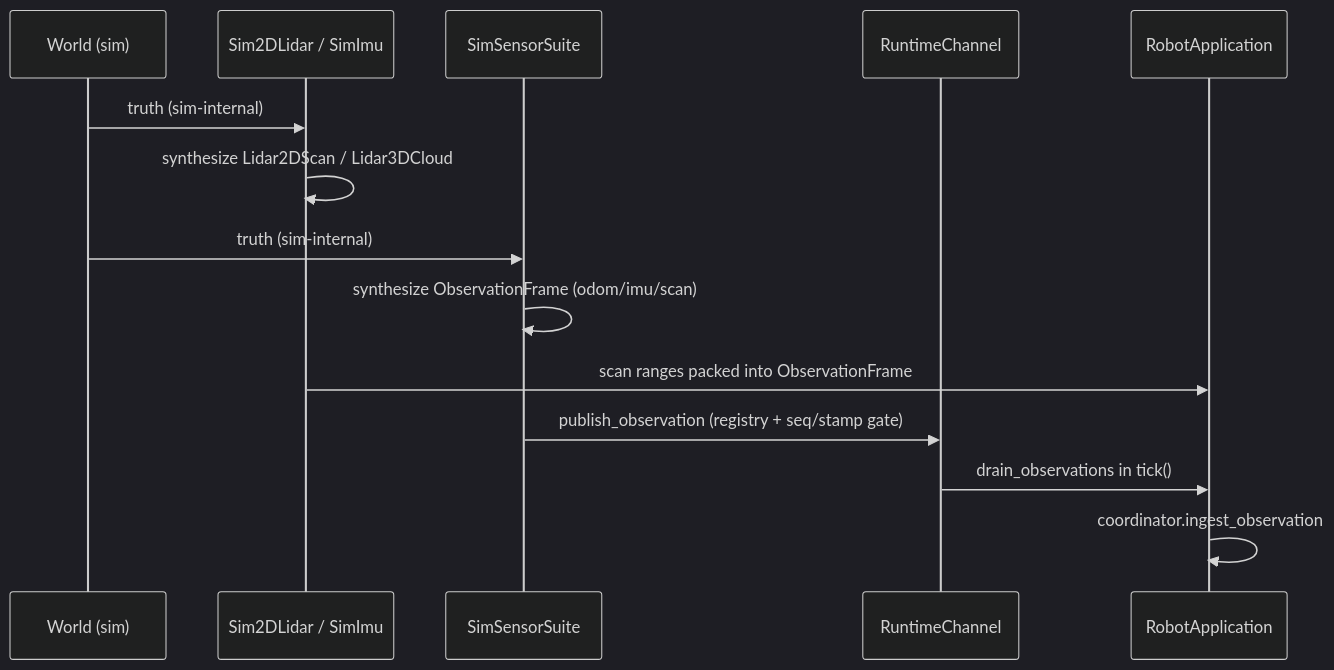
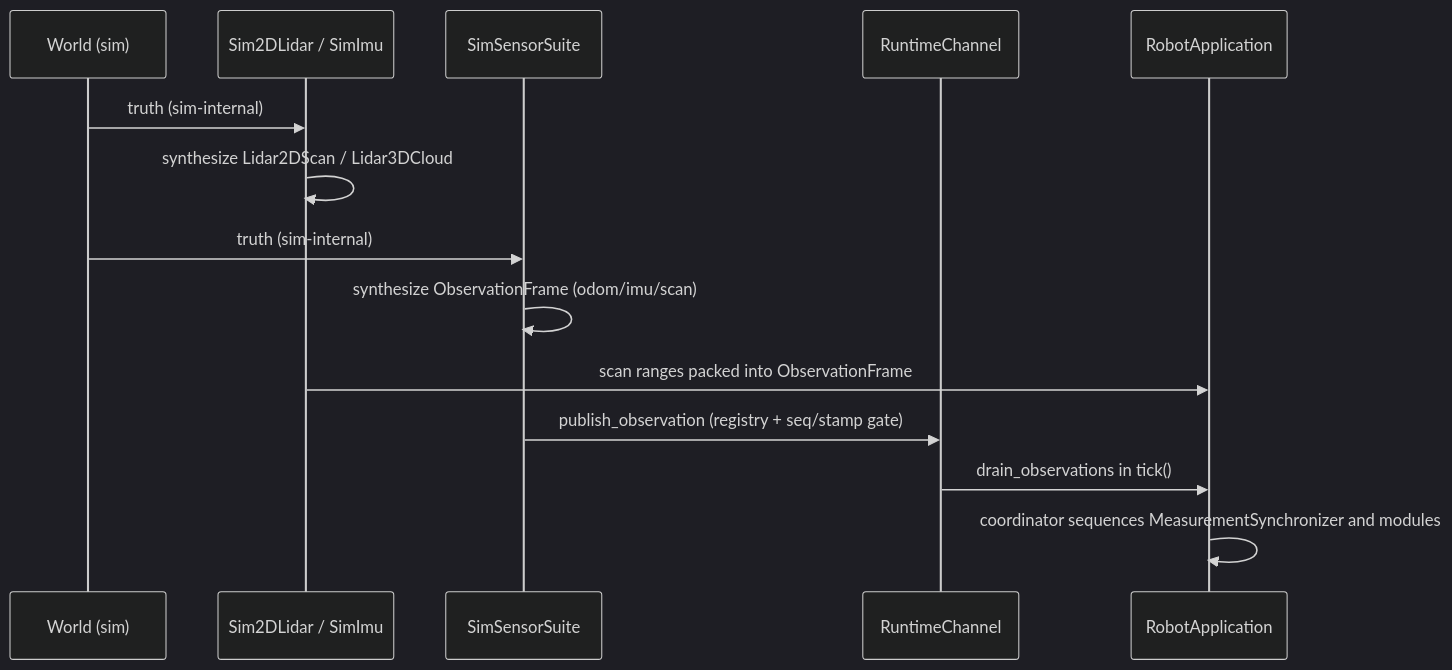
Before and after one commit to Robin-1978/lost-signal: the third of 6 diagrams in docs/system-overview.md, drawn with Mermaid (dark theme). The commit also changed other lines of this file and 45 other files, not shown here.

````diff
--- a/docs/system-overview.md
+++ b/docs/system-overview.md
@@ -91,16 +91,16 @@
 ```mermaid
 sequenceDiagram
   participant W as World (sim)
   participant L as Sim2DLidar / SimImu
   participant P as SimSensorSuite
   participant C as RuntimeChannel
   participant R as RobotApplication
   W->>L: truth (sim-internal)
   L->>L: synthesize Lidar2DScan / Lidar3DCloud
   W->>P: truth (sim-internal)
   P->>P: synthesize ObservationFrame (odom/imu/scan)
   L->>R: scan ranges packed into ObservationFrame
   P->>C: publish_observation (registry + seq/stamp gate)
   C->>R: drain_observations in tick()
-  R->>R: coordinator.ingest_observation
+ R->>R: coordinator sequences MeasurementSynchronizer and modules
 ```
````
